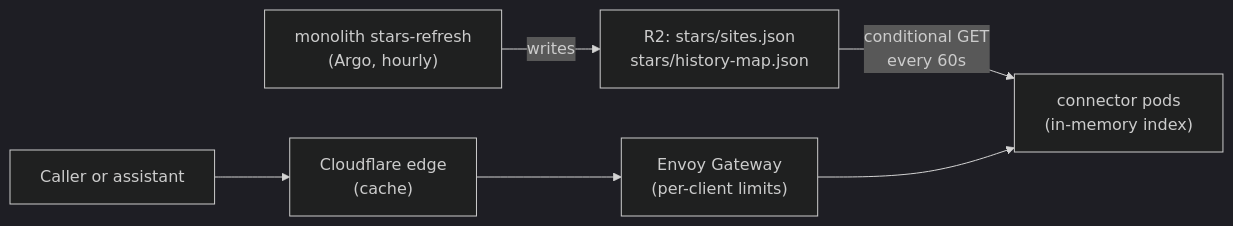
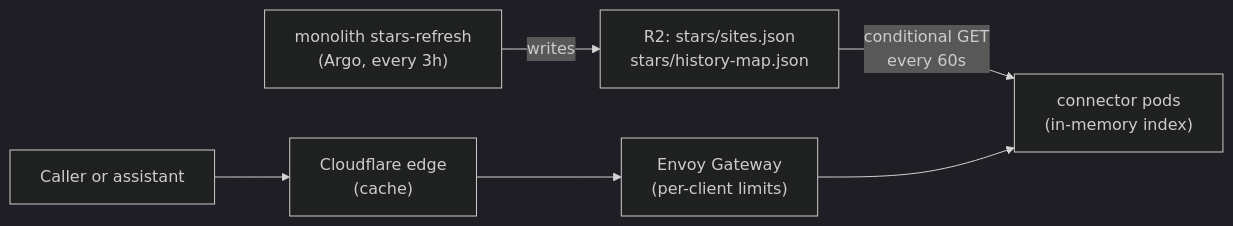
The diagram in projects/scotland-connector/ARCHITECTURE.md (jomcgi-org/homelab), drawn with Mermaid (dark theme) before and after one commit. The commit also changed other lines of this file and 19 other files, not shown here.

````diff
--- a/projects/scotland-connector/ARCHITECTURE.md
+++ b/projects/scotland-connector/ARCHITECTURE.md
@@ -12,6 +12,6 @@
 ```mermaid
 graph LR
-    J["monolith stars-refresh<br/>(Argo, hourly)"] -->|writes| R2["R2: stars/sites.json<br/>stars/history-map.json"]
+    J["monolith stars-refresh<br/>(Argo, every 3h)"] -->|writes| R2["R2: stars/sites.json<br/>stars/history-map.json"]
     R2 -->|"conditional GET<br/>every 60s"| P["connector pods<br/>(in-memory index)"]
     C["Caller or assistant"] --> CF["Cloudflare edge<br/>(cache)"] --> E["Envoy Gateway<br/>(per-client limits)"] --> P
 ```
````
